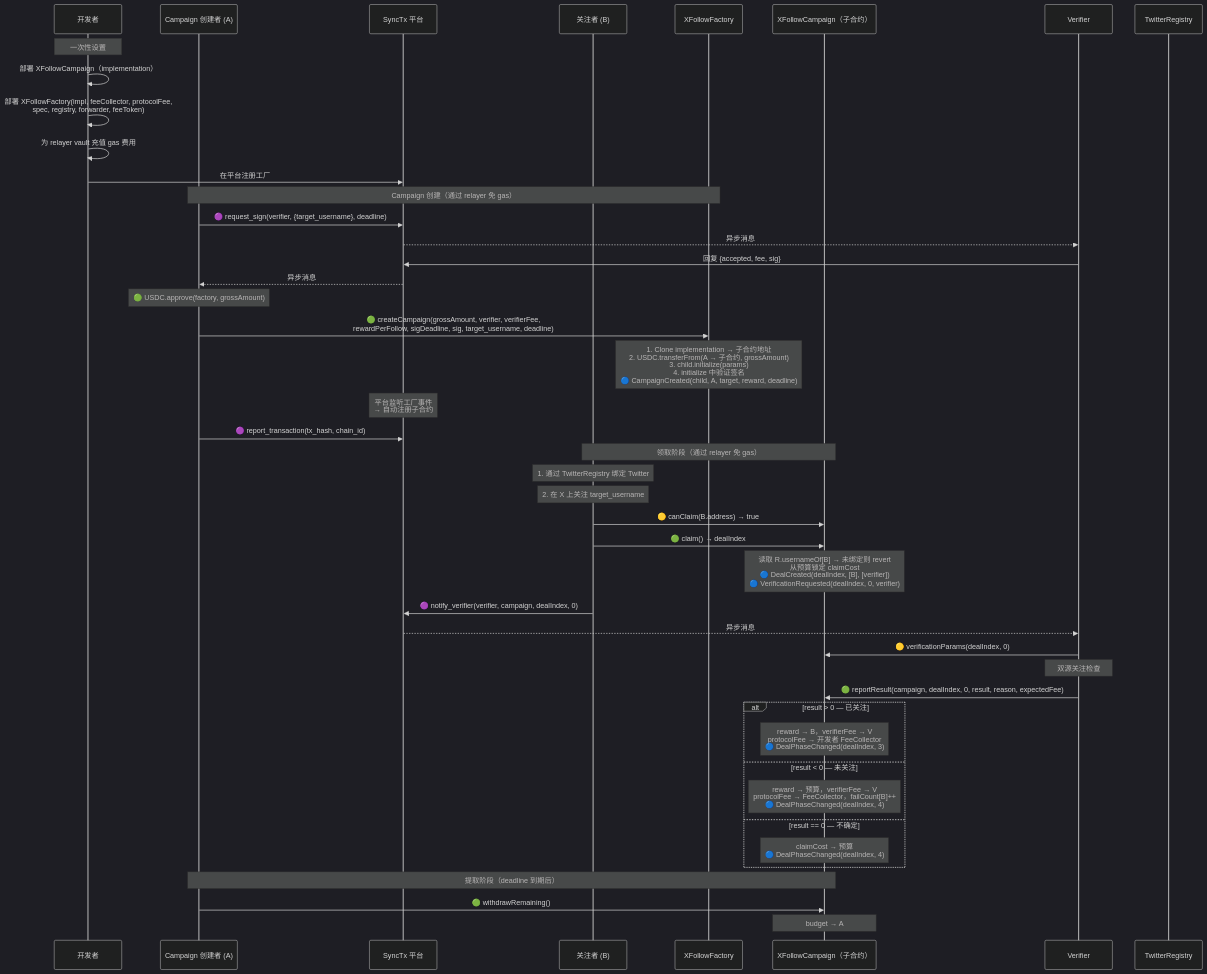
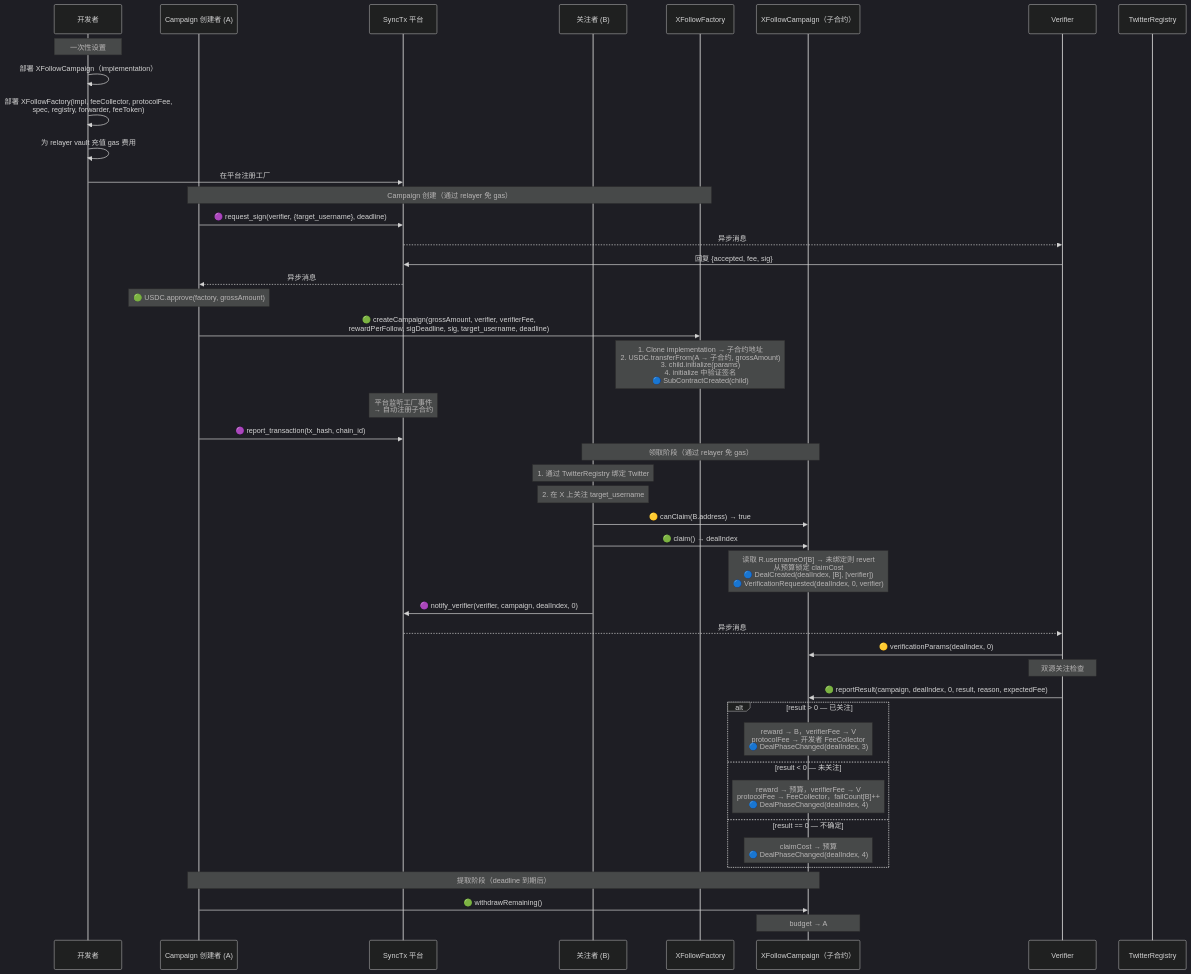
The first of 2 diagrams in examples/x-follow/x-follow-design-zh.md (synctxai/synctx), drawn with Mermaid (dark theme) before and after one commit. The commit also changed other lines of this file and 2 other files, not shown here.

First line of the commit message:
feat(protocol): add SubContractCreated event to IDeal for factory pattern

````diff
--- a/examples/x-follow/x-follow-design-zh.md
+++ b/examples/x-follow/x-follow-design-zh.md
@@ -222,58 +217,58 @@
 ```mermaid
 sequenceDiagram
     participant Dev as 开发者
     participant A as Campaign 创建者 (A)
     participant P as SyncTx 平台
     participant B as 关注者 (B)
     participant Fac as XFollowFactory
     participant C as XFollowCampaign（子合约）
     participant V as Verifier
     participant R as TwitterRegistry
 
     Note over Dev: 一次性设置
     Dev->>Dev: 部署 XFollowCampaign（implementation）
     Dev->>Dev: 部署 XFollowFactory(impl, feeCollector, protocolFee,<br/>spec, registry, forwarder, feeToken)
     Dev->>Dev: 为 relayer vault 充值 gas 费用
     Dev->>P: 在平台注册工厂
 
     Note over A,Fac: Campaign 创建（通过 relayer 免 gas）
 
     A->>P: 🟣 request_sign(verifier, {target_username}, deadline)
     P-->>V: 异步消息
     V->>P: 回复 {accepted, fee, sig}
     P-->>A: 异步消息
 
     Note over A: 🟢 USDC.approve(factory, grossAmount)
     A->>Fac: 🟢 createCampaign(grossAmount, verifier, verifierFee,<br/>rewardPerFollow, sigDeadline, sig, target_username, deadline)
-    Note over Fac: 1. Clone implementation → 子合约地址<br/>2. USDC.transferFrom(A → 子合约, grossAmount)<br/>3. child.initialize(params)<br/>4. initialize 中验证签名<br/>🔵 CampaignCreated(child, A, target, reward, deadline)
+    Note over Fac: 1. Clone implementation → 子合约地址<br/>2. USDC.transferFrom(A → 子合约, grossAmount)<br/>3. child.initialize(params)<br/>4. initialize 中验证签名<br/>🔵 SubContractCreated(child)
     Note over P: 平台监听工厂事件<br/>→ 自动注册子合约
     A->>P: 🟣 report_transaction(tx_hash, chain_id)
 
     Note over B,C: 领取阶段（通过 relayer 免 gas）
 
     Note over B: 1. 通过 TwitterRegistry 绑定 Twitter
     Note over B: 2. 在 X 上关注 target_username
     B->>C: 🟡 canClaim(B.address) → true
     B->>C: 🟢 claim() → dealIndex
     Note over C: 读取 R.usernameOf[B] → 未绑定则 revert<br/>从预算锁定 claimCost<br/>🔵 DealCreated(dealIndex, [B], [verifier])<br/>🔵 VerificationRequested(dealIndex, 0, verifier)
     B->>P: 🟣 notify_verifier(verifier, campaign, dealIndex, 0)
     P-->>V: 异步消息
 
     V->>C: 🟡 verificationParams(dealIndex, 0)
     Note over V: 双源关注检查
 
     V->>C: 🟢 reportResult(campaign, dealIndex, 0, result, reason, expectedFee)
 
     alt result > 0 — 已关注
         Note over C: reward → B，verifierFee → V<br/>protocolFee → 开发者 FeeCollector<br/>🔵 DealPhaseChanged(dealIndex, 3)
     else result < 0 — 未关注
         Note over C: reward → 预算，verifierFee → V<br/>protocolFee → FeeCollector，failCount[B]++<br/>🔵 DealPhaseChanged(dealIndex, 4)
     else result == 0 — 不确定
         Note over C: claimCost → 预算<br/>🔵 DealPhaseChanged(dealIndex, 4)
     end
 
     Note over A,C: 提取阶段（deadline 到期后）
 
     A->>C: 🟢 withdrawRemaining()
     Note over C: budget → A
 ```
````
